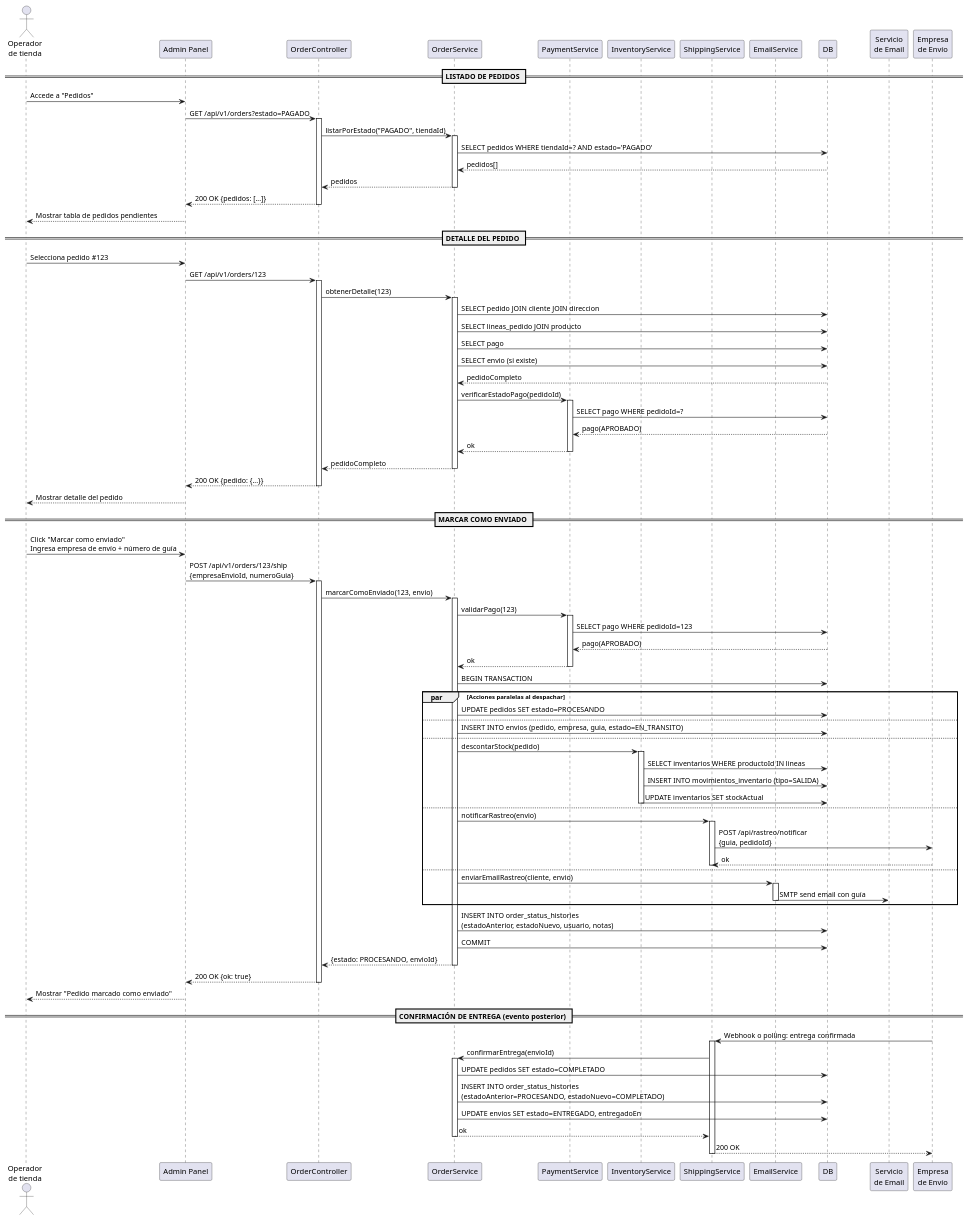
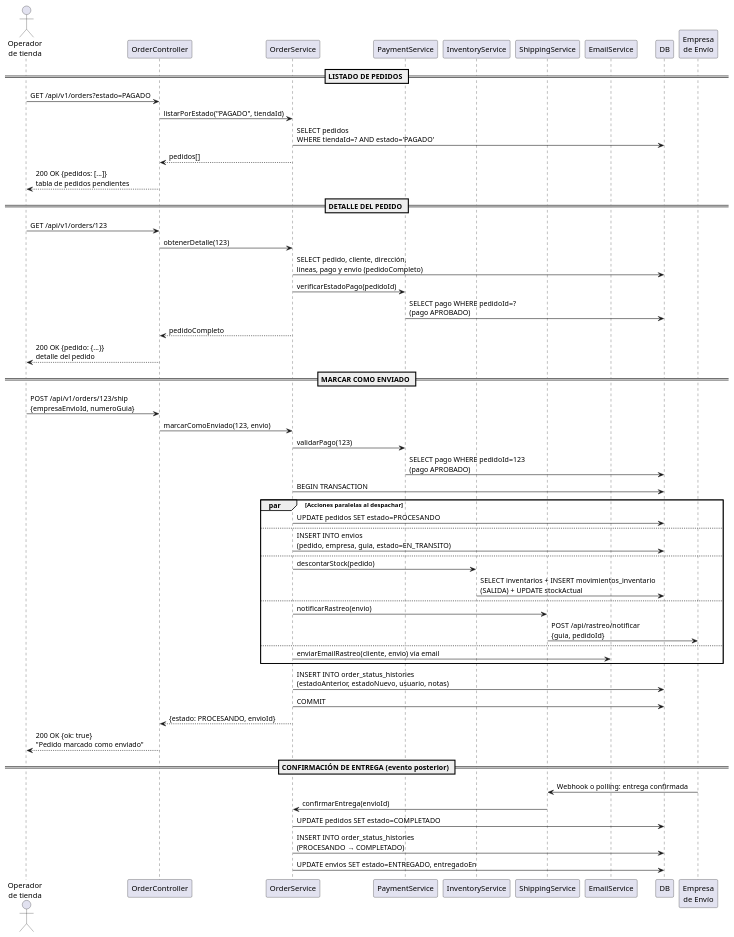
One commit to D4nitrix13/AtlasCommerce changed the diagram in docs/uml/8.4.3-secuencia-gestion-pedido-simple.puml. Above: the diagram before and after it, drawn with PlantUML. The commit also changed 11 other files, not shown here.

```diff
--- a/docs/uml/8.4.3-secuencia-gestion-pedido-simple.puml
+++ b/docs/uml/8.4.3-secuencia-gestion-pedido-simple.puml
@@ -1,115 +1,62 @@
 @startuml 8.4 - Secuencia: Gestión de Pedido por Operador
-hide methods
-hide attributes
-hide empty members
 
 actor "Operador\nde tienda" as O
-participant "Admin Panel" as AP
 participant "OrderController" as OC
 participant "OrderService" as OS
 participant "PaymentService" as PS
 participant "InventoryService" as IS
 participant "ShippingService" as SS
 participant "EmailService" as ES
 participant "DB" as DB
-participant "Servicio\nde Email" as EM
 participant "Empresa\nde Envío" as EE
 
 == LISTADO DE PEDIDOS ==
-O -> AP : Accede a "Pedidos"
-AP -> OC : GET /api/v1/orders?estado=PAGADO
-activate OC
+O -> OC : GET /api/v1/orders?estado=PAGADO
 OC -> OS : listarPorEstado("PAGADO", tiendaId)
-activate OS
-OS -> DB : SELECT pedidos WHERE tiendaId=? AND estado='PAGADO'
-DB --> OS : pedidos[]
-OS --> OC : pedidos
-deactivate OS
-OC --> AP : 200 OK {pedidos: [...]}
-deactivate OC
-AP --> O : Mostrar tabla de pedidos pendientes
+OS -> DB : SELECT pedidos\nWHERE tiendaId=? AND estado='PAGADO'
+OS --> OC : pedidos[]
+OC --> O : 200 OK {pedidos: [...]}\ntabla de pedidos pendientes
 
 == DETALLE DEL PEDIDO ==
-O -> AP : Selecciona pedido #123
-AP -> OC : GET /api/v1/orders/123
-activate OC
+O -> OC : GET /api/v1/orders/123
 OC -> OS : obtenerDetalle(123)
-activate OS
-OS -> DB : SELECT pedido JOIN cliente JOIN direccion
-OS -> DB : SELECT lineas_pedido JOIN producto
-OS -> DB : SELECT pago
-OS -> DB : SELECT envio (si existe)
-DB --> OS : pedidoCompleto
+OS -> DB : SELECT pedido, cliente, dirección,\nlíneas, pago y envío (pedidoCompleto)
 OS -> PS : verificarEstadoPago(pedidoId)
-activate PS
-PS -> DB : SELECT pago WHERE pedidoId=?
-DB --> PS : pago(APROBADO)
-PS --> OS : ok
-deactivate PS
+PS -> DB : SELECT pago WHERE pedidoId=?\n(pago APROBADO)
 OS --> OC : pedidoCompleto
-deactivate OS
-OC --> AP : 200 OK {pedido: {...}}
-deactivate OC
-AP --> O : Mostrar detalle del pedido
+OC --> O : 200 OK {pedido: {...}}\ndetalle del pedido
 
 == MARCAR COMO ENVIADO ==
-O -> AP : Click "Marcar como enviado"\nIngresa empresa de envío + número de guía
-AP -> OC : POST /api/v1/orders/123/ship\n{empresaEnvioId, numeroGuia}
-activate OC
+O -> OC : POST /api/v1/orders/123/ship\n{empresaEnvioId, numeroGuia}
 OC -> OS : marcarComoEnviado(123, envio)
-activate OS
 OS -> PS : validarPago(123)
-activate PS
-PS -> DB : SELECT pago WHERE pedidoId=123
-DB --> PS : pago(APROBADO)
-PS --> OS : ok
-deactivate PS
-
+PS -> DB : SELECT pago WHERE pedidoId=123\n(pago APROBADO)
 OS -> DB : BEGIN TRANSACTION
 
 par Acciones paralelas al despachar
   OS -> DB : UPDATE pedidos SET estado=PROCESANDO
 else
-  OS -> DB : INSERT INTO envios (pedido, empresa, guia, estado=EN_TRANSITO)
+  OS -> DB : INSERT INTO envios\n(pedido, empresa, guia, estado=EN_TRANSITO)
 else
   OS -> IS : descontarStock(pedido)
-  activate IS
-  IS -> DB : SELECT inventarios WHERE productoId IN lineas
-  IS -> DB : INSERT INTO movimientos_inventario (tipo=SALIDA)
-  IS -> DB : UPDATE inventarios SET stockActual
-  deactivate IS
+  IS -> DB : SELECT inventarios + INSERT movimientos_inventario\n(SALIDA) + UPDATE stockActual
 else
   OS -> SS : notificarRastreo(envio)
-  activate SS
   SS -> EE : POST /api/rastreo/notificar\n{guia, pedidoId}
-  EE --> SS : ok
-  deactivate SS
 else
-  OS -> ES : enviarEmailRastreo(cliente, envio)
-  activate ES
-  ES -> EM : SMTP send email con guía
-  deactivate ES
+  OS -> ES : enviarEmailRastreo(cliente, envio) vía email
 end
 
 OS -> DB : INSERT INTO order_status_histories\n(estadoAnterior, estadoNuevo, usuario, notas)
 OS -> DB : COMMIT
 OS --> OC : {estado: PROCESANDO, envioId}
-deactivate OS
-OC --> AP : 200 OK {ok: true}
-deactivate OC
-AP --> O : Mostrar "Pedido marcado como enviado"
+OC --> O : 200 OK {ok: true}\n"Pedido marcado como enviado"
 
 == CONFIRMACIÓN DE ENTREGA (evento posterior) ==
 EE -> SS : Webhook o polling: entrega confirmada
-activate SS
 SS -> OS : confirmarEntrega(envioId)
-activate OS
 OS -> DB : UPDATE pedidos SET estado=COMPLETADO
-OS -> DB : INSERT INTO order_status_histories\n(estadoAnterior=PROCESANDO, estadoNuevo=COMPLETADO)
+OS -> DB : INSERT INTO order_status_histories\n(PROCESANDO → COMPLETADO)
 OS -> DB : UPDATE envios SET estado=ENTREGADO, entregadoEn
-OS --> SS : ok
-deactivate OS
-SS --> EE : 200 OK
-deactivate SS
 
 @enduml
```
